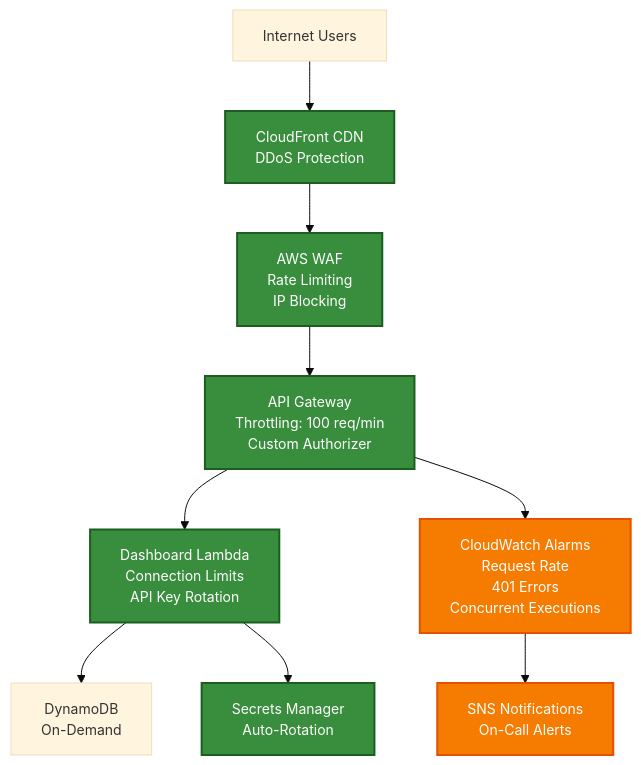
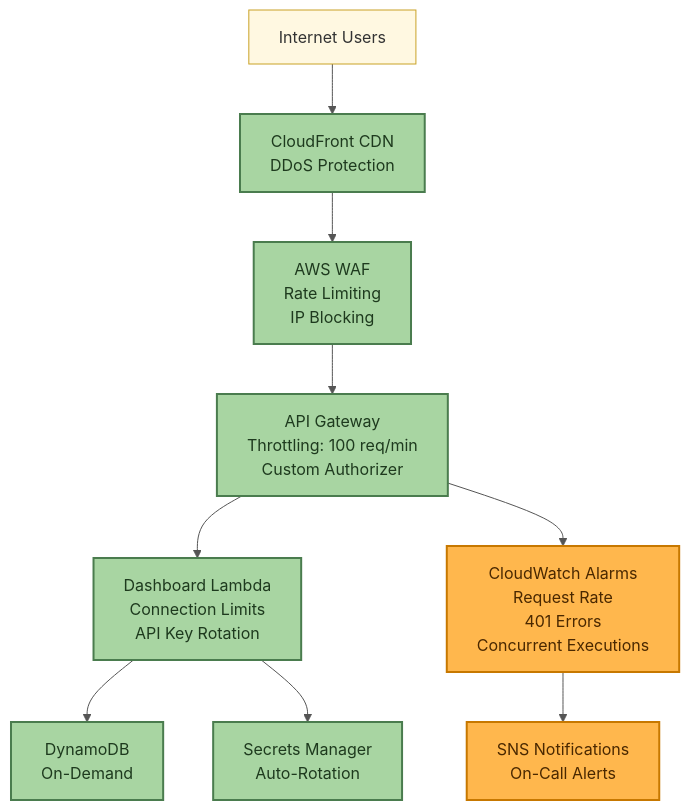
One commit to traylorre/sentiment-analyzer-gsk changed the second of 2 diagrams in docs/DASHBOARD_SECURITY_ANALYSIS.md. Above: the diagram before and after it, drawn with Mermaid. The commit also changed other lines of this file and 3 other files, not shown here.

First line of the commit message:
docs: Update mermaid diagrams with better contrast colors

````diff
--- a/docs/DASHBOARD_SECURITY_ANALYSIS.md
+++ b/docs/DASHBOARD_SECURITY_ANALYSIS.md
@@ -320,19 +320,19 @@
 ```mermaid
-%%{init: {'theme':'base', 'themeVariables': {'fontSize':'14px'}}}%%
+%%{init: {'theme':'base', 'themeVariables': {'primaryColor':'#fff8e1', 'primaryTextColor':'#333', 'primaryBorderColor':'#c9a227', 'lineColor':'#555'}}}%%
 graph TB
     Internet[Internet Users] --> CloudFront[CloudFront CDN<br/>DDoS Protection]
     CloudFront --> WAF[AWS WAF<br/>Rate Limiting<br/>IP Blocking]
     WAF --> APIGW[API Gateway<br/>Throttling: 100 req/min<br/>Custom Authorizer]
     APIGW --> Dashboard[Dashboard Lambda<br/>Connection Limits<br/>API Key Rotation]
     Dashboard --> DynamoDB[DynamoDB<br/>On-Demand]
     Dashboard --> Secrets[Secrets Manager<br/>Auto-Rotation]
 
     APIGW --> CW[CloudWatch Alarms<br/>Request Rate<br/>401 Errors<br/>Concurrent Executions]
     CW --> SNS[SNS Notifications<br/>On-Call Alerts]
 
-    classDef secure fill:#388e3c,stroke:#1b5e20,stroke-width:2px,color:#fff
-    classDef monitoring fill:#f57c00,stroke:#e65100,stroke-width:2px,color:#fff
+    classDef secureNode fill:#a8d5a2,stroke:#4a7c4e,stroke-width:2px,color:#1e3a1e
+    classDef monitoringNode fill:#ffb74d,stroke:#c77800,stroke-width:2px,color:#4a2800
 
-    class CloudFront,WAF,APIGW,Dashboard,Secrets secure
-    class CW,SNS monitoring
+    class CloudFront,WAF,APIGW,Dashboard,Secrets,DynamoDB secureNode
+    class CW,SNS monitoringNode
 ```
````
